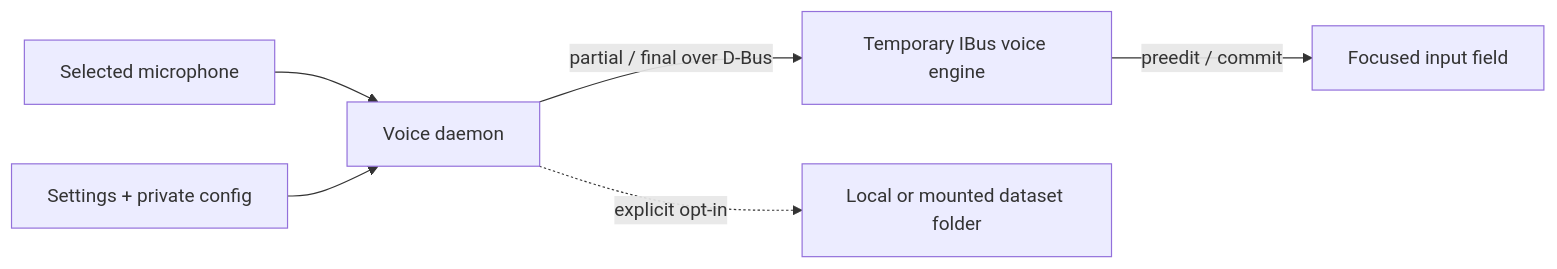
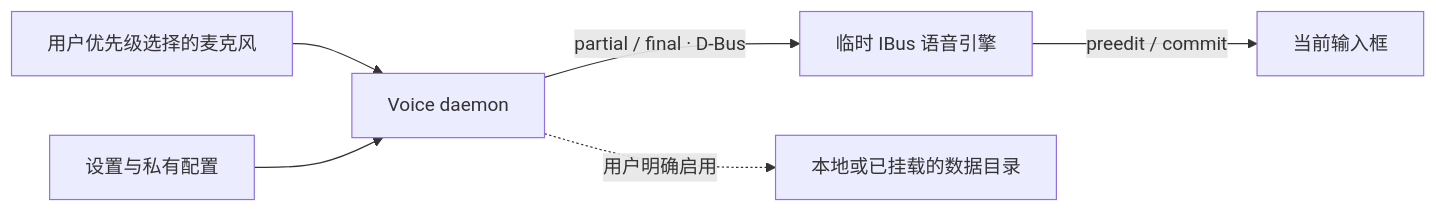
One commit to SidUParis/openVoiceInput_linux changed the diagram in README.md. Above: the diagram before and after it, drawn with Mermaid. The commit also changed other lines of this file and 3 other files, not shown here.

````diff
--- a/README.md
+++ b/README.md
@@ -179,8 +153,8 @@
 ```mermaid
 flowchart LR
-    M["Selected microphone"] --> V["Voice daemon"]
-    S["Settings + private config"] --> V
-    V -->|"partial / final over D-Bus"| E["Temporary IBus voice engine"]
-    E -->|"preedit / commit"| F["Focused input field"]
-    V -.->|"explicit opt-in"| D["Local or mounted dataset folder"]
+    M["用户优先级选择的麦克风"] --> V["Voice daemon"]
+    S["设置与私有配置"] --> V
+    V -->|"partial / final · D-Bus"| E["临时 IBus 语音引擎"]
+    E -->|"preedit / commit"| F["当前输入框"]
+    V -.->|"用户明确启用"| D["本地或已挂载的数据目录"]
 ```
````
